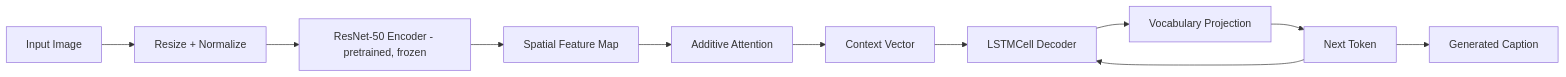
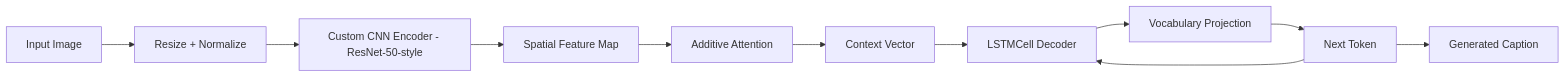
The diagram in README.md (dhruvlad1/Visual-Semantic-Encoder), drawn with Mermaid before and after one commit. The commit also changed other lines of this file and 6 other files, not shown here.

Commit message:
customCNN improved and readme updated

````diff
--- a/README.md
+++ b/README.md
@@ -460,13 +468,13 @@
 ```mermaid
 flowchart LR
     A[Input Image] --> B[Resize + Normalize]
-    B --> C[ResNet-50 Encoder - pretrained, frozen]
+    B --> C[Custom CNN Encoder - ResNet-50-style]
     C --> D[Spatial Feature Map]
     D --> E[Additive Attention]
     E --> F[Context Vector]
     F --> G[LSTMCell Decoder]
     G --> H[Vocabulary Projection]
     H --> I[Next Token]
     I --> G
     I --> J[Generated Caption]
 ```
````
